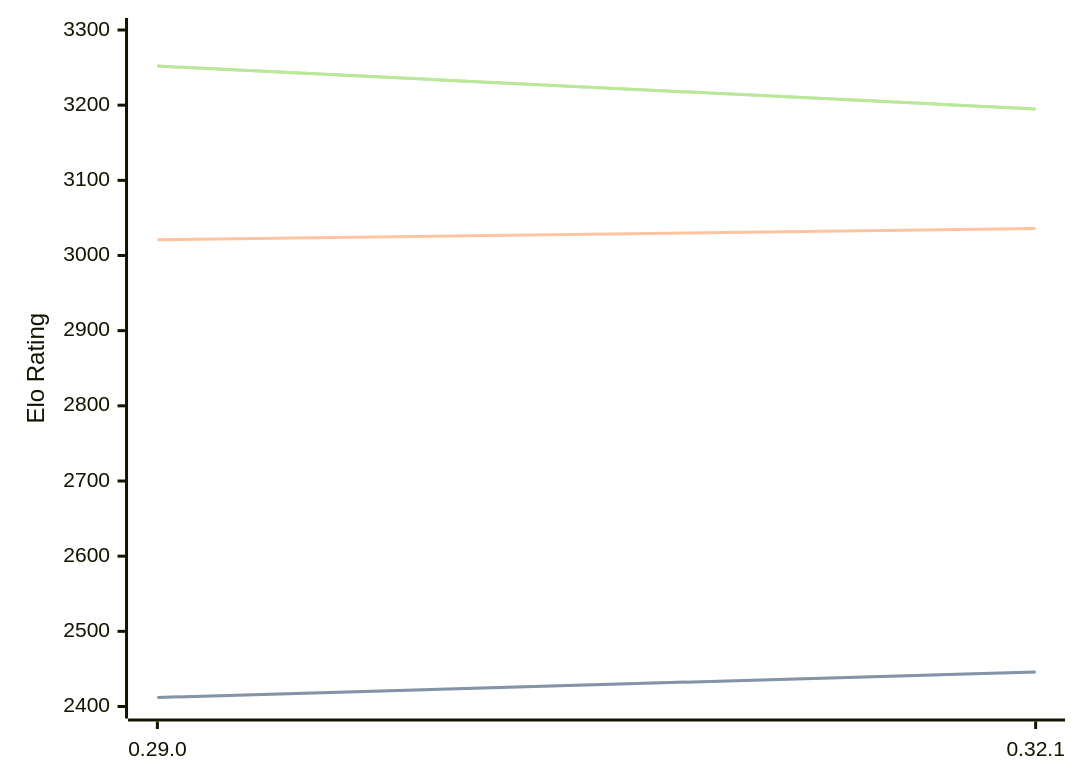
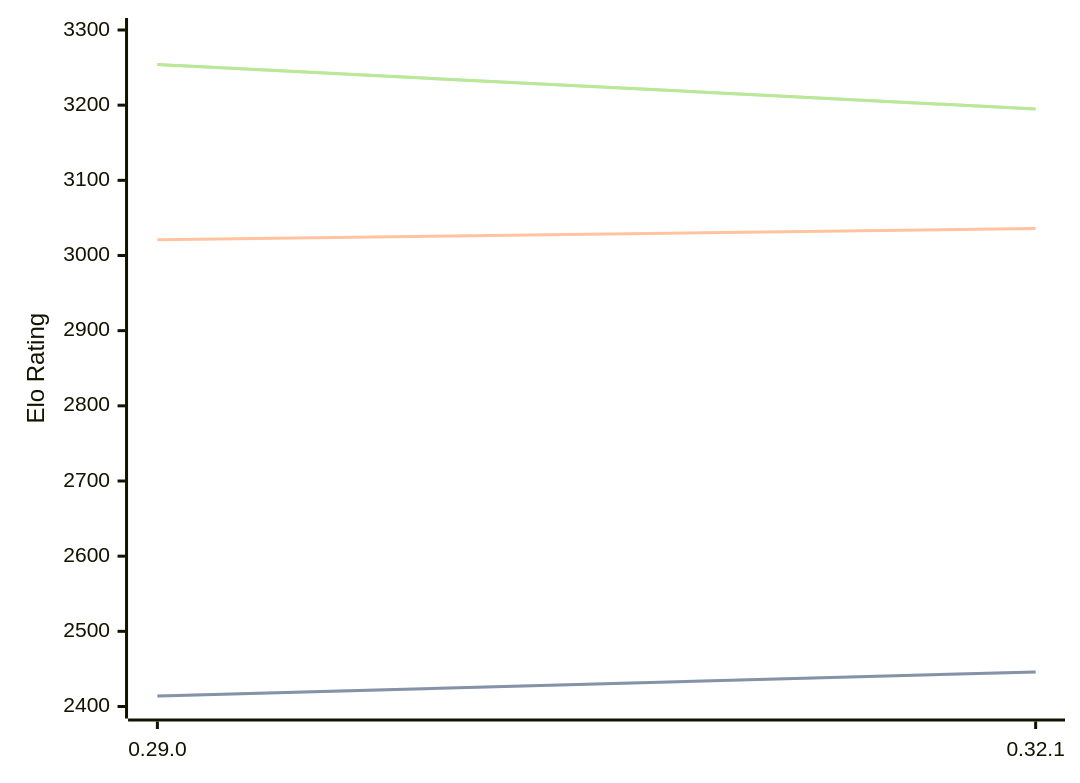
The diagram in engines/Lc0.md (computer-chess-index/cci), drawn with Mermaid before and after one commit. The commit also changed other lines of this file, not shown here.

Commit message:
Update CCI Ratings (ELO VLTC) - 2026-03-27

````diff
--- a/engines/Lc0.md
+++ b/engines/Lc0.md
@@ -68,11 +68,11 @@
 ```mermaid
 %%{init: {"theme":"base","themeVariables":{"seriesColors:['#a3a3a3','#222221','#faa371']}}}%%
 xychart-beta
   x-axis ["0.29.0", "0.32.1"]
   y-axis "Elo Rating" 2400 --> 3300
-  line "STC (8.0+0.08s)" [2412, 2446]
-  line "STC (8.0+0.08s)" [2412, 2446]
+  line "STC (8.0+0.08s)" [2414, 2446]
+  line "STC (8.0+0.08s)" [2414, 2446]
   line "LTC (60.0+0.60s)" [3021, 3036]
-  line "VLTC (2m24s+1.12s)" [3252, 3195]
-  line "VLTC (2m24s+1.12s)" [3252, 3195]
+  line "VLTC (2m24s+1.12s)" [3254, 3195]
+  line "VLTC (2m24s+1.12s)" [3254, 3195]
 ```
````
